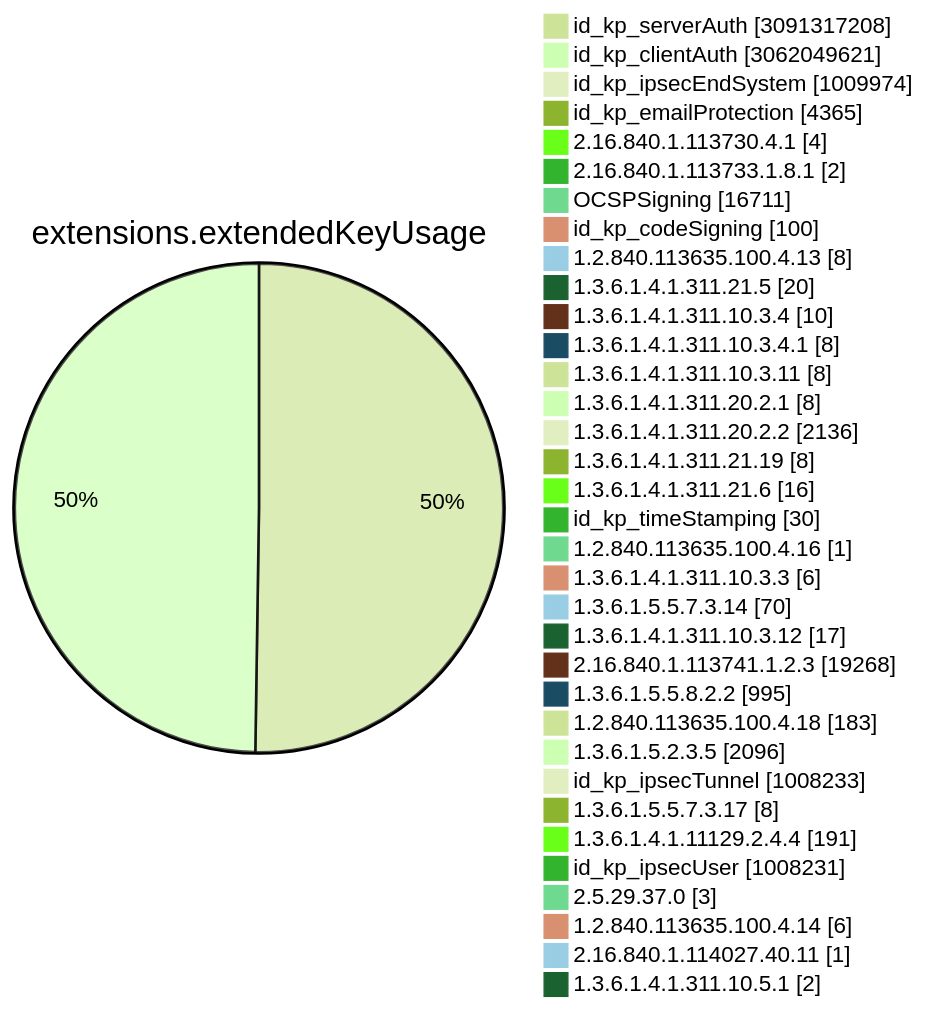
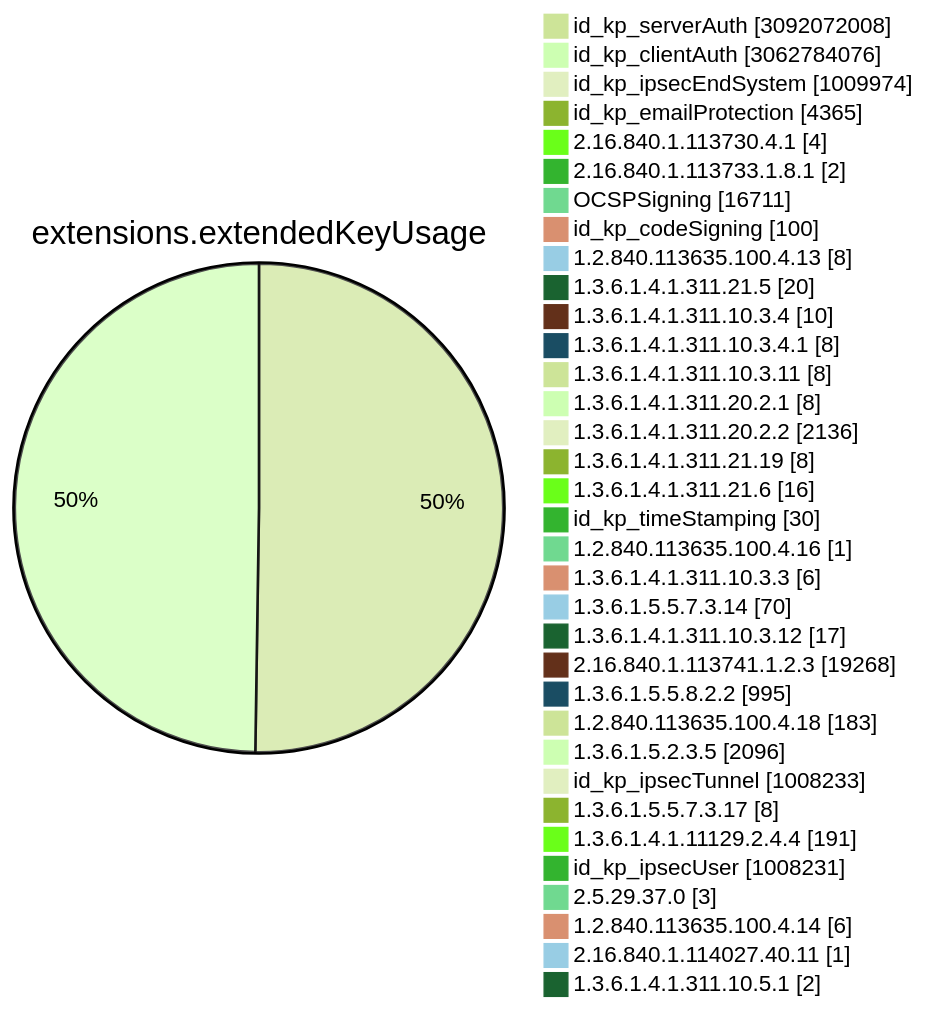
Before and after one commit to christiankrug/ctmonitor_visualization: diagram 11 of 15 in TOTAL/README.md, drawn with Mermaid (forest theme). The commit also changed other lines of this file, not shown here.

````diff
--- a/TOTAL/README.md
+++ b/TOTAL/README.md
@@ -4117,38 +4117,38 @@
 ```mermaid
 pie showData
 title extensions.extendedKeyUsage
-"id_kp_serverAuth" :3091317208
-"id_kp_clientAuth" :3062049621
+"id_kp_serverAuth" :3092072008
+"id_kp_clientAuth" :3062784076
 "id_kp_ipsecEndSystem" :1009974
 "id_kp_emailProtection" :4365
 "2.16.840.1.113730.4.1" :4
 "2.16.840.1.113733.1.8.1" :2
 "OCSPSigning" :16711
 "id_kp_codeSigning" :100
 "1.2.840.113635.100.4.13" :8
 "1.3.6.1.4.1.311.21.5" :20
 "1.3.6.1.4.1.311.10.3.4" :10
 "1.3.6.1.4.1.311.10.3.4.1" :8
 "1.3.6.1.4.1.311.10.3.11" :8
 "1.3.6.1.4.1.311.20.2.1" :8
 "1.3.6.1.4.1.311.20.2.2" :2136
 "1.3.6.1.4.1.311.21.19" :8
 "1.3.6.1.4.1.311.21.6" :16
 "id_kp_timeStamping" :30
 "1.2.840.113635.100.4.16" :1
 "1.3.6.1.4.1.311.10.3.3" :6
 "1.3.6.1.5.5.7.3.14" :70
 "1.3.6.1.4.1.311.10.3.12" :17
 "2.16.840.1.113741.1.2.3" :19268
 "1.3.6.1.5.5.8.2.2" :995
 "1.2.840.113635.100.4.18" :183
 "1.3.6.1.5.2.3.5" :2096
 "id_kp_ipsecTunnel" :1008233
 "1.3.6.1.5.5.7.3.17" :8
 "1.3.6.1.4.1.11129.2.4.4" :191
 "id_kp_ipsecUser" :1008231
 "2.5.29.37.0" :3
 "1.2.840.113635.100.4.14" :6
 "2.16.840.1.114027.40.11" :1
 "1.3.6.1.4.1.311.10.5.1" :2
 ```
````
